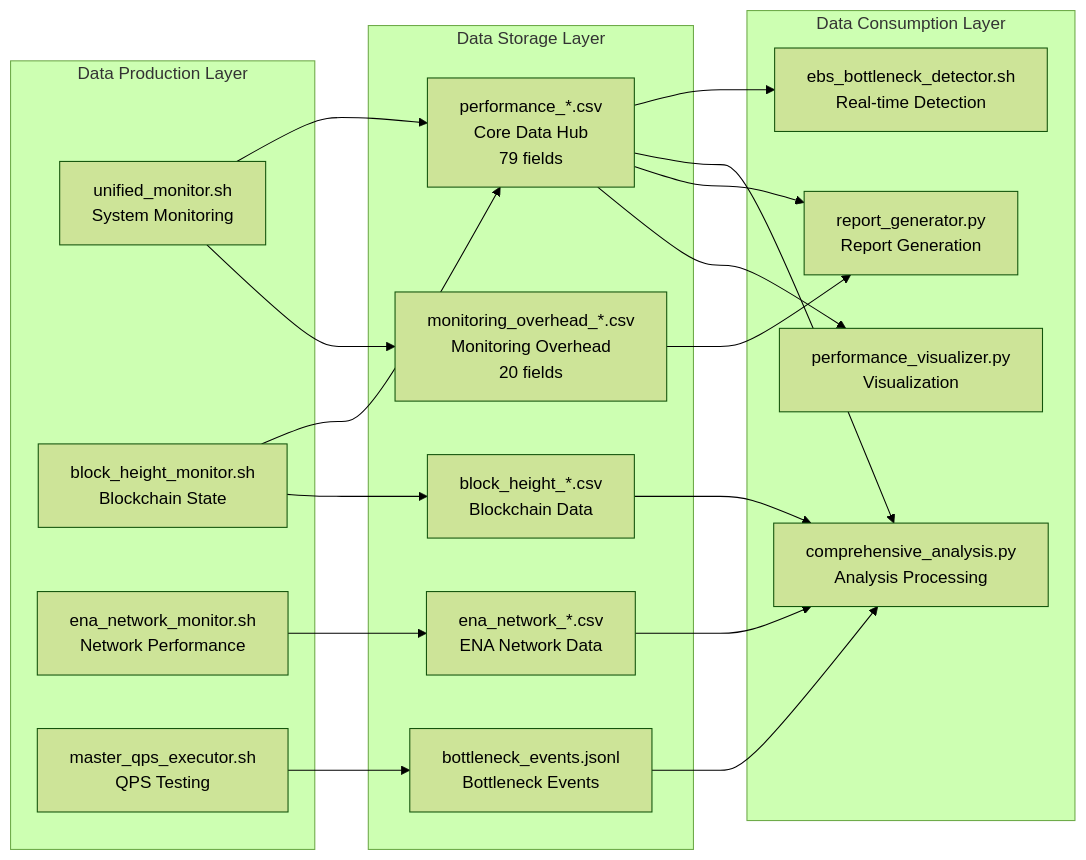
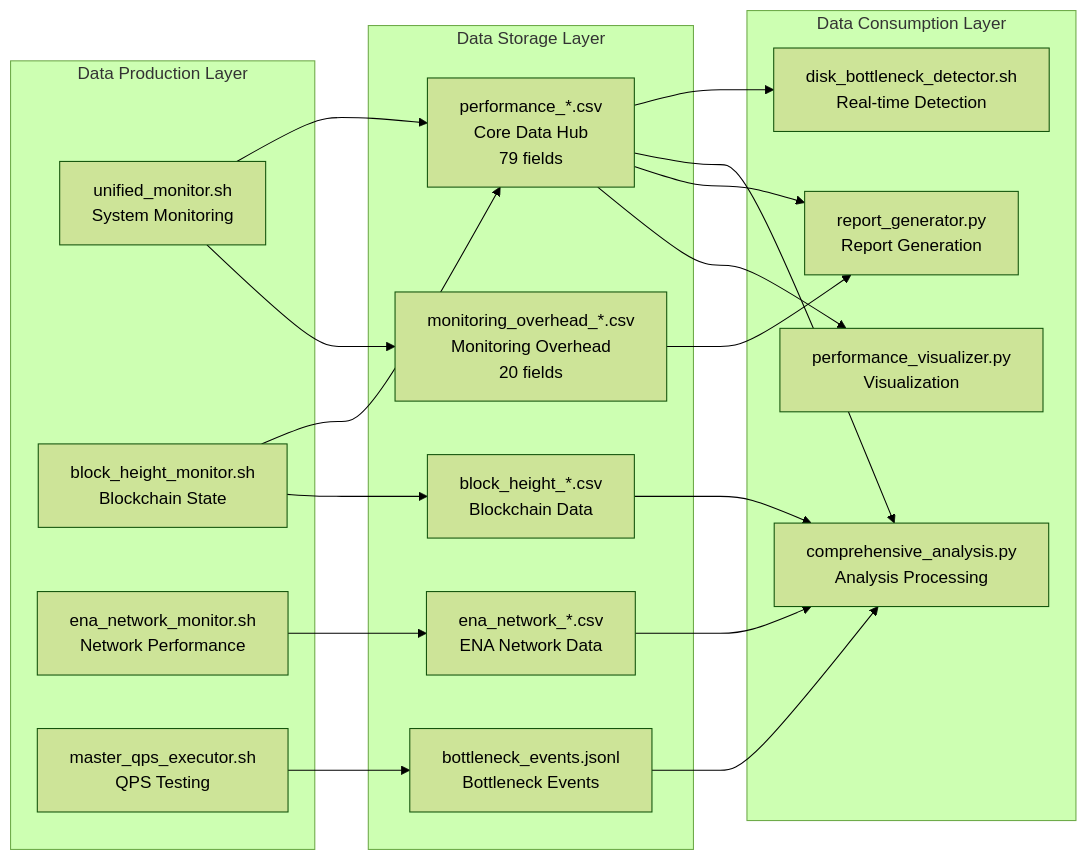
One commit to StayHungryStayFoolish/blockchain-node-benchmark changed the second of 6 diagrams in docs/data-architecture.md. Above: the diagram before and after it, drawn with Mermaid (forest theme). The commit also changed other lines of this file and 77 other files, not shown here.

````diff
--- a/docs/data-architecture.md
+++ b/docs/data-architecture.md
@@ -41,40 +41,40 @@
 ```mermaid
 graph LR
     subgraph "Data Production Layer"
         A1[unified_monitor.sh<br/>System Monitoring]
         A2[block_height_monitor.sh<br/>Blockchain State]
         A3[ena_network_monitor.sh<br/>Network Performance]
         A4[master_qps_executor.sh<br/>QPS Testing]
     end
     
     subgraph "Data Storage Layer"
         B1[performance_*.csv<br/>Core Data Hub<br/>79 fields]
         B2[monitoring_overhead_*.csv<br/>Monitoring Overhead<br/>20 fields]
         B3[block_height_*.csv<br/>Blockchain Data]
         B4[ena_network_*.csv<br/>ENA Network Data]
         B5[bottleneck_events.jsonl<br/>Bottleneck Events]
     end
     
     subgraph "Data Consumption Layer"
-        C1[ebs_bottleneck_detector.sh<br/>Real-time Detection]
+        C1[disk_bottleneck_detector.sh<br/>Real-time Detection]
         C2[comprehensive_analysis.py<br/>Analysis Processing]
         C3[report_generator.py<br/>Report Generation]
         C4[performance_visualizer.py<br/>Visualization]
     end
     
     A1 --> B1
     A1 --> B2
     A2 --> B1
     A2 --> B3
     A3 --> B4
     A4 --> B5
     
     B1 --> C1
     B1 --> C2
     B1 --> C3
     B1 --> C4
     B2 --> C3
     B3 --> C2
     B4 --> C2
     B5 --> C2
 ```
````
